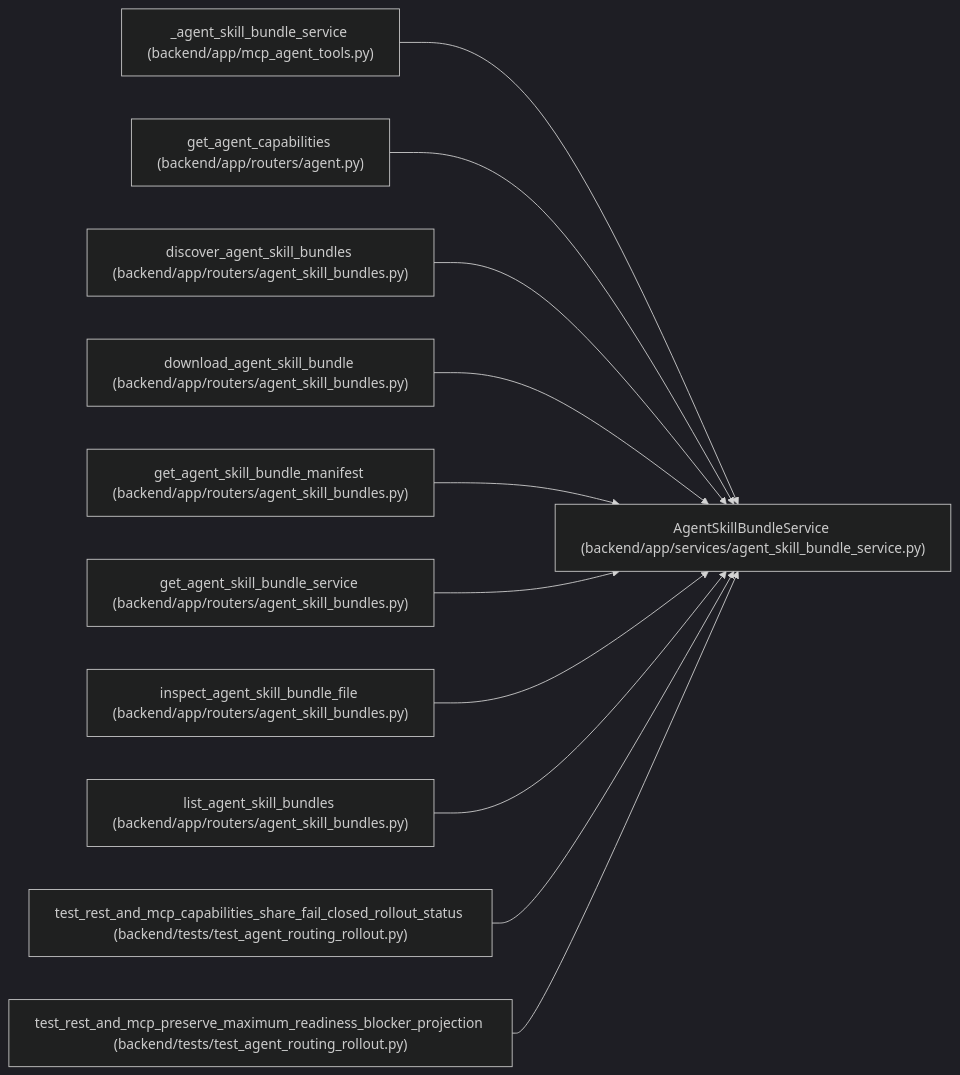
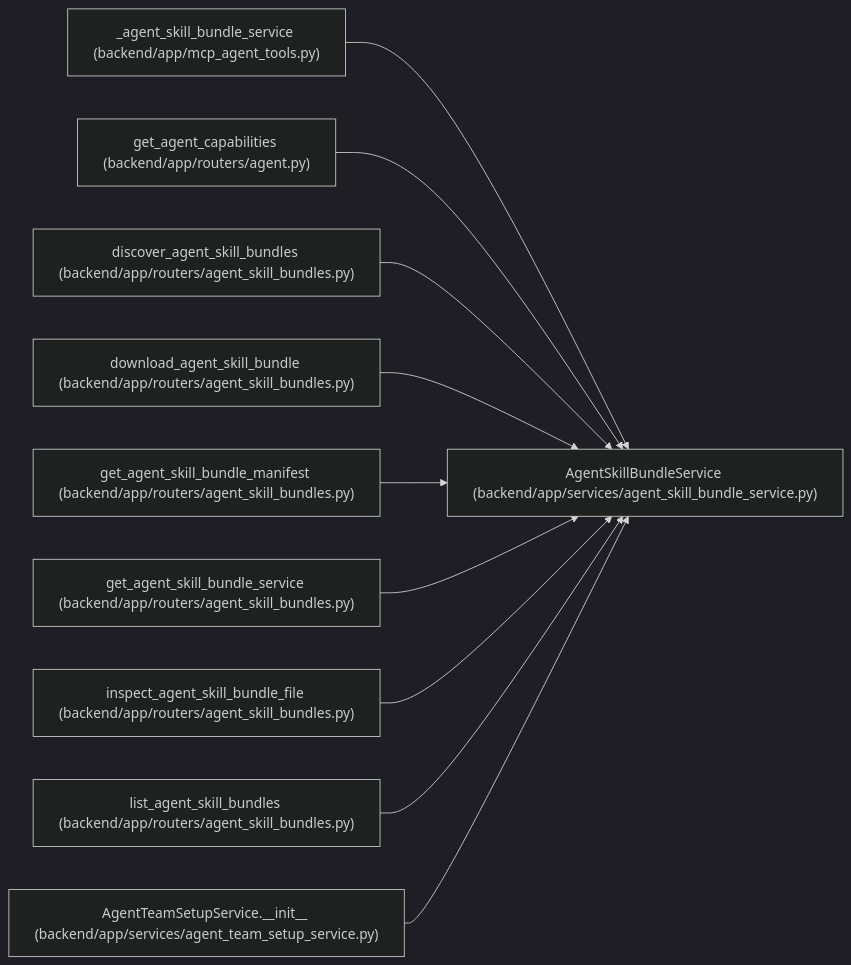
One commit to Denissvgn/WorkChord changed the diagram in docs/llm_wiki/entities/AgentSkillBundleService.md. Above: the diagram before and after it, drawn with Mermaid (dark theme). The commit also changed other lines of this file and 239 other files, not shown here.

````diff
--- a/docs/llm_wiki/entities/AgentSkillBundleService.md
+++ b/docs/llm_wiki/entities/AgentSkillBundleService.md
@@ -48,35 +51,32 @@
 ```mermaid
 flowchart LR
     n0["AgentSkillBundleService (backend/app/services/agent_skill_bundle_service.py)"]
     n1["_agent_skill_bundle_service (backend/app/mcp_agent_tools.py)"]
     n2["get_agent_capabilities (backend/app/routers/agent.py)"]
     n3["discover_agent_skill_bundles (backend/app/routers/agent_skill_bundles.py)"]
     n4["download_agent_skill_bundle (backend/app/routers/agent_skill_bundles.py)"]
     n5["get_agent_skill_bundle_manifest (backend/app/routers/agent_skill_bundles.py)"]
     n6["get_agent_skill_bundle_service (backend/app/routers/agent_skill_bundles.py)"]
     n7["inspect_agent_skill_bundle_file (backend/app/routers/agent_skill_bundles.py)"]
     n8["list_agent_skill_bundles (backend/app/routers/agent_skill_bundles.py)"]
-    n9["test_rest_and_mcp_capabilities_share_fail_closed_rollout_status (backend/tests/test_agent_routing_rollout.py)"]
-    n10["test_rest_and_mcp_preserve_maximum_readiness_blocker_projection (backend/tests/test_agent_routing_rollout.py)"]
+    n9["AgentTeamSetupService.__init__ (backend/app/services/agent_team_setup_service.py)"]
     n1 --> n0
     n2 --> n0
     n3 --> n0
     n4 --> n0
     n5 --> n0
     n6 --> n0
     n7 --> n0
     n8 --> n0
     n9 --> n0
-    n10 --> n0
     click n0 "../modules/agent_skill_bundle_service.md"
     click n1 "../modules/mcp_agent_tools.md"
     click n2 "../modules/routers_agent.md"
     click n3 "../modules/agent_skill_bundles.md"
     click n4 "../modules/agent_skill_bundles.md"
     click n5 "../modules/agent_skill_bundles.md"
     click n6 "../modules/agent_skill_bundles.md"
     click n7 "../modules/agent_skill_bundles.md"
     click n8 "../modules/agent_skill_bundles.md"
-    click n9 "../modules/test_agent_routing_rollout.md"
-    click n10 "../modules/test_agent_routing_rollout.md"
+    click n9 "../modules/agent_team_setup_service.md"
 ```
````
